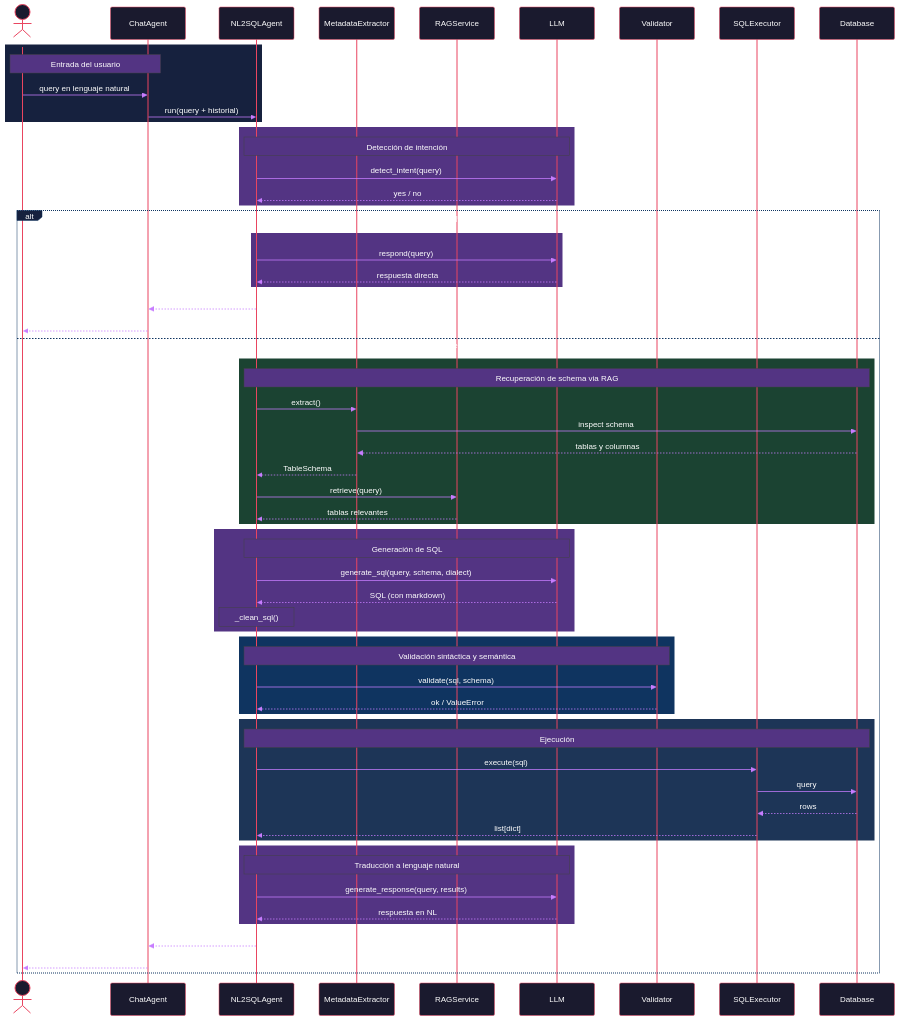
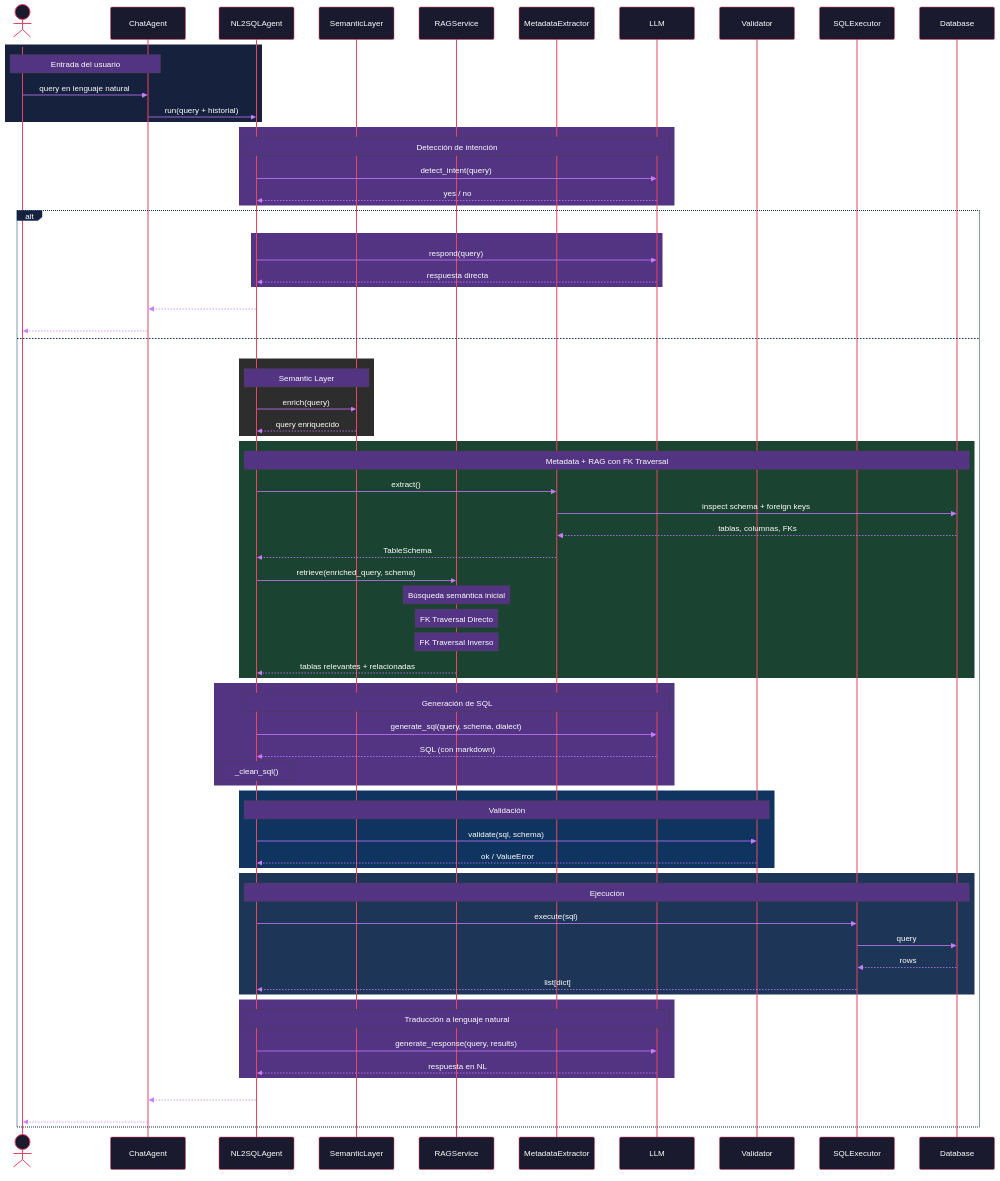
One commit to ccharris940406/data-pilot changed the diagram in docs/sequence.md. Above: the diagram before and after it, drawn with Mermaid. The commit also changed 6 other files, not shown here.

First line of the commit message:
feat: enhance RAG with bidirectional FK traversal and semantic layer

```diff
--- a/docs/sequence.md
+++ b/docs/sequence.md
@@ -15,16 +15,16 @@
   'noteBkgColor': '#533483',
   'noteTextColor': '#ffffff',
   'activationBkgColor': '#0f3460',
-  'activationBorderColor': '#e94560',
-  'sequenceNumberColor': '#ffffff'
+  'activationBorderColor': '#e94560'
 }}}%%
 
 sequenceDiagram
     actor User
     participant Chat as ChatAgent
     participant NL2SQL as NL2SQLAgent
+    participant SL as SemanticLayer
+    participant RAG as RAGService
     participant Meta as MetadataExtractor
-    participant RAG as RAGService
     participant LLM
     participant Val as Validator
     participant Exec as SQLExecutor
@@ -51,14 +51,24 @@
         Chat-->>User: respuesta
 
     else Requiere DB
+        rect rgb(45, 45, 45)
+            Note over NL2SQL,SL: Semantic Layer
+            NL2SQL->>SL: enrich(query)
+            SL-->>NL2SQL: query enriquecido
+        end
+
         rect rgb(27, 67, 50)
-            Note over NL2SQL,DB: Recuperación de schema via RAG
+            Note over NL2SQL,DB: Metadata + RAG con FK Traversal
             NL2SQL->>Meta: extract()
-            Meta->>DB: inspect schema
-            DB-->>Meta: tablas y columnas
+            Meta->>DB: inspect schema + foreign keys
+            DB-->>Meta: tablas, columnas, FKs
             Meta-->>NL2SQL: TableSchema
-            NL2SQL->>RAG: retrieve(query)
-            RAG-->>NL2SQL: tablas relevantes
+
+            NL2SQL->>RAG: retrieve(enriched_query, schema)
+            Note over RAG: Búsqueda semántica inicial
+            Note over RAG: FK Traversal Directo
+            Note over RAG: FK Traversal Inverso
+            RAG-->>NL2SQL: tablas relevantes + relacionadas
         end
 
         rect rgb(83, 52, 131)
@@ -69,7 +79,7 @@
         end
 
         rect rgb(15, 52, 96)
-            Note over NL2SQL,Val: Validación sintáctica y semántica
+            Note over NL2SQL,Val: Validación
             NL2SQL->>Val: validate(sql, schema)
             Val-->>NL2SQL: ok / ValueError
         end
```
